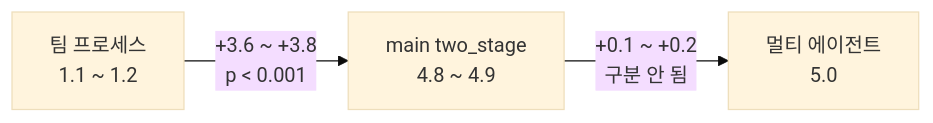
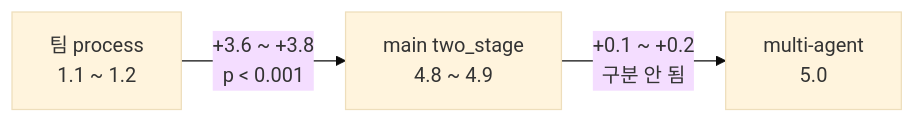
The diagram in docs/07_결과.md (adover134/hierarchical-md-rag), drawn with Mermaid (base theme) before and after one commit. The commit also changed other lines of this file and 24 other files, not shown here.

````diff
--- a/docs/07_결과.md
+++ b/docs/07_결과.md
@@ -25,5 +25,5 @@
 ```mermaid
 flowchart LR
-    A["팀 프로세스<br/>1.1 ~ 1.2"] -->|"+3.6 ~ +3.8<br/>p < 0.001"| B["main two_stage<br/>4.8 ~ 4.9"]
-    B -->|"+0.1 ~ +0.2<br/>구분 안 됨"| C["멀티 에이전트<br/>5.0"]
+    A["팀 process<br/>1.1 ~ 1.2"] -->|"+3.6 ~ +3.8<br/>p < 0.001"| B["main two_stage<br/>4.8 ~ 4.9"]
+    B -->|"+0.1 ~ +0.2<br/>구분 안 됨"| C["multi-agent<br/>5.0"]
 ```
````
